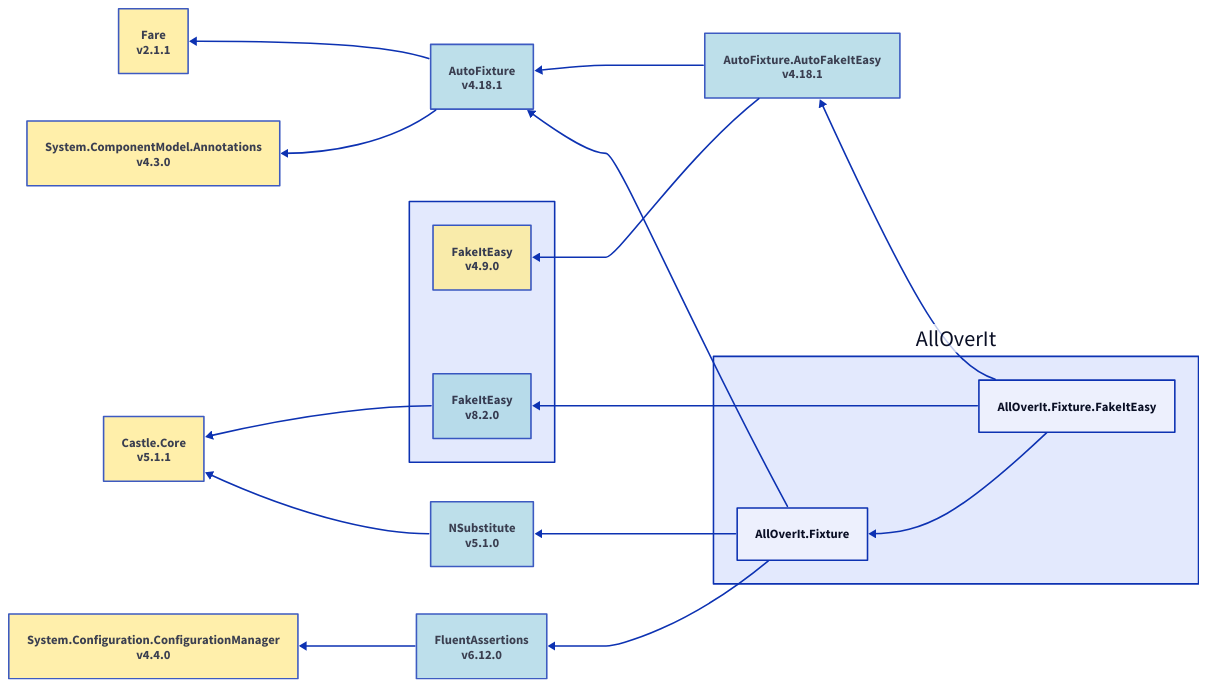
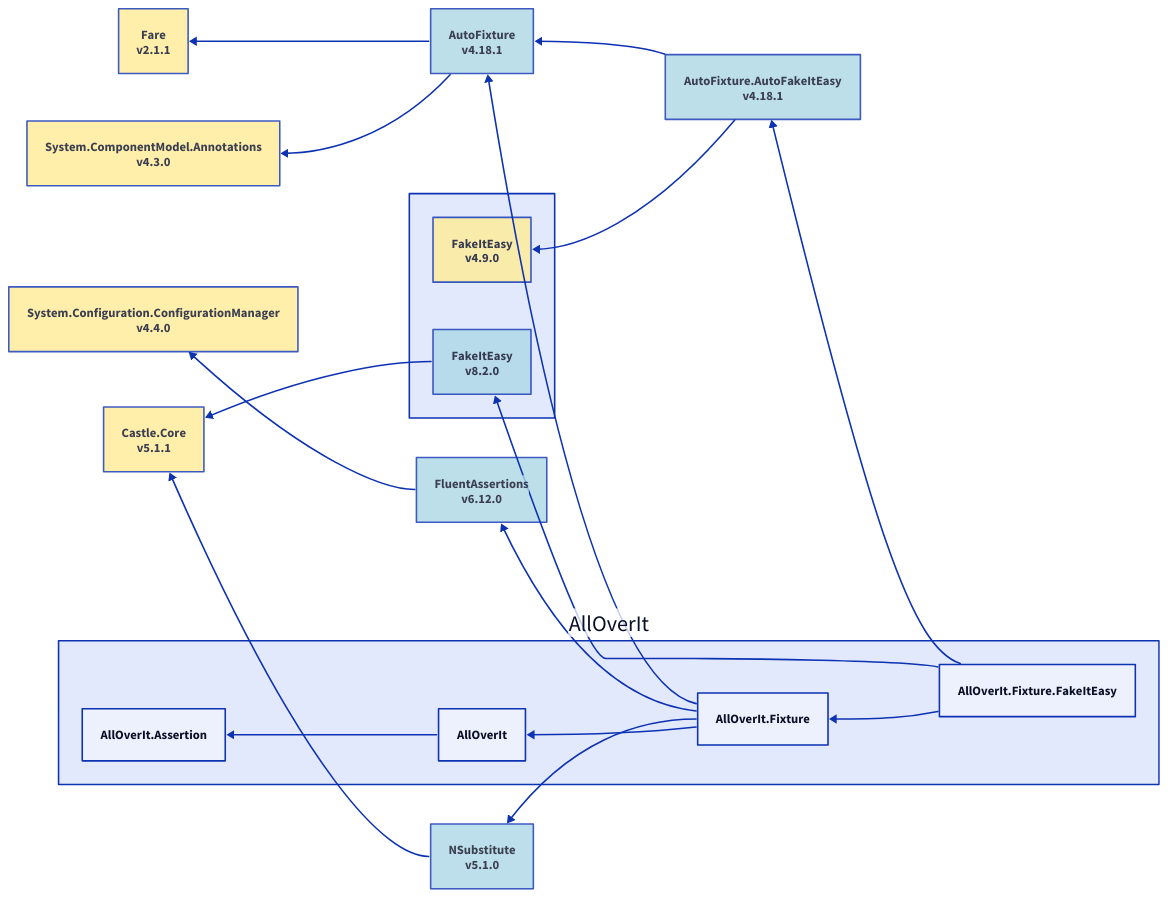
Before and after one commit to mjfreelancing/AllOverIt: the diagram in Docs/Reference/Content/images/dependencies/net8.0/alloverit-fixture-fakeiteasy.d2, drawn with D2. The commit also changed 194 other files, not shown here.

```diff
--- a/Docs/Reference/Content/images/dependencies/net8.0/alloverit-fixture-fakeiteasy.d2
+++ b/Docs/Reference/Content/images/dependencies/net8.0/alloverit-fixture-fakeiteasy.d2
@@ -1,49 +1,53 @@
 direction: left
 
 aoi: AllOverIt
 aoi.alloverit-fixture-fakeiteasy: AllOverIt.Fixture.FakeItEasy
 autofixture-autofakeiteasy_4-18-1: AutoFixture.AutoFakeItEasy\nv4.18.1
 autofixture-autofakeiteasy_4-18-1.style.fill: "#ADD8E6"
 autofixture-autofakeiteasy_4-18-1.style.opacity: 0.8
 autofixture_4-18-1: AutoFixture\nv4.18.1
 autofixture_4-18-1.style.opacity: 0.8
 autofixture_4-18-1.style.fill: "#ADD8E6"
 autofixture_4-18-1 <- autofixture-autofakeiteasy_4-18-1
 fakeiteasy-group: ""
 fakeiteasy-group.fakeiteasy_4-9-0: FakeItEasy\nv4.9.0
 fakeiteasy-group.fakeiteasy_4-9-0.style.fill: "#FFEC96"
 fakeiteasy-group.fakeiteasy_4-9-0.style.opacity: 0.8
 fakeiteasy-group.fakeiteasy_4-9-0 <- autofixture-autofakeiteasy_4-18-1
 autofixture-autofakeiteasy_4-18-1 <- aoi.alloverit-fixture-fakeiteasy
 fakeiteasy-group.fakeiteasy_8-2-0: FakeItEasy\nv8.2.0
 fakeiteasy-group.fakeiteasy_8-2-0.style.fill: "#ADD8E6"
 fakeiteasy-group.fakeiteasy_8-2-0.style.opacity: 0.8
 castle-core_5-1-1: Castle.Core\nv5.1.1
 castle-core_5-1-1.style.fill: "#FFEC96"
 castle-core_5-1-1.style.opacity: 0.8
 castle-core_5-1-1 <- fakeiteasy-group.fakeiteasy_8-2-0
 fakeiteasy-group.fakeiteasy_8-2-0 <- aoi.alloverit-fixture-fakeiteasy
 aoi.alloverit-fixture: AllOverIt.Fixture
 fare_2-1-1: Fare\nv2.1.1
 fare_2-1-1.style.fill: "#FFEC96"
 fare_2-1-1.style.opacity: 0.8
 fare_2-1-1 <- autofixture_4-18-1
 system-componentmodel-annotations_4-3-0: System.ComponentModel.Annotations\nv4.3.0
 system-componentmodel-annotations_4-3-0.style.fill: "#FFEC96"
 system-componentmodel-annotations_4-3-0.style.opacity: 0.8
 system-componentmodel-annotations_4-3-0 <- autofixture_4-18-1
 autofixture_4-18-1 <- aoi.alloverit-fixture
 fluentassertions_6-12-0: FluentAssertions\nv6.12.0
 fluentassertions_6-12-0.style.fill: "#ADD8E6"
 fluentassertions_6-12-0.style.opacity: 0.8
 system-configuration-configurationmanager_4-4-0: System.Configuration.ConfigurationManager\nv4.4.0
 system-configuration-configurationmanager_4-4-0.style.fill: "#FFEC96"
 system-configuration-configurationmanager_4-4-0.style.opacity: 0.8
 system-configuration-configurationmanager_4-4-0 <- fluentassertions_6-12-0
 fluentassertions_6-12-0 <- aoi.alloverit-fixture
 nsubstitute_5-1-0: NSubstitute\nv5.1.0
 nsubstitute_5-1-0.style.fill: "#ADD8E6"
 nsubstitute_5-1-0.style.opacity: 0.8
 castle-core_5-1-1 <- nsubstitute_5-1-0
 nsubstitute_5-1-0 <- aoi.alloverit-fixture
+aoi.alloverit: AllOverIt
+aoi.alloverit-assertion: AllOverIt.Assertion
+aoi.alloverit-assertion <- aoi.alloverit
+aoi.alloverit <- aoi.alloverit-fixture
 aoi.alloverit-fixture <- aoi.alloverit-fixture-fakeiteasy
```
